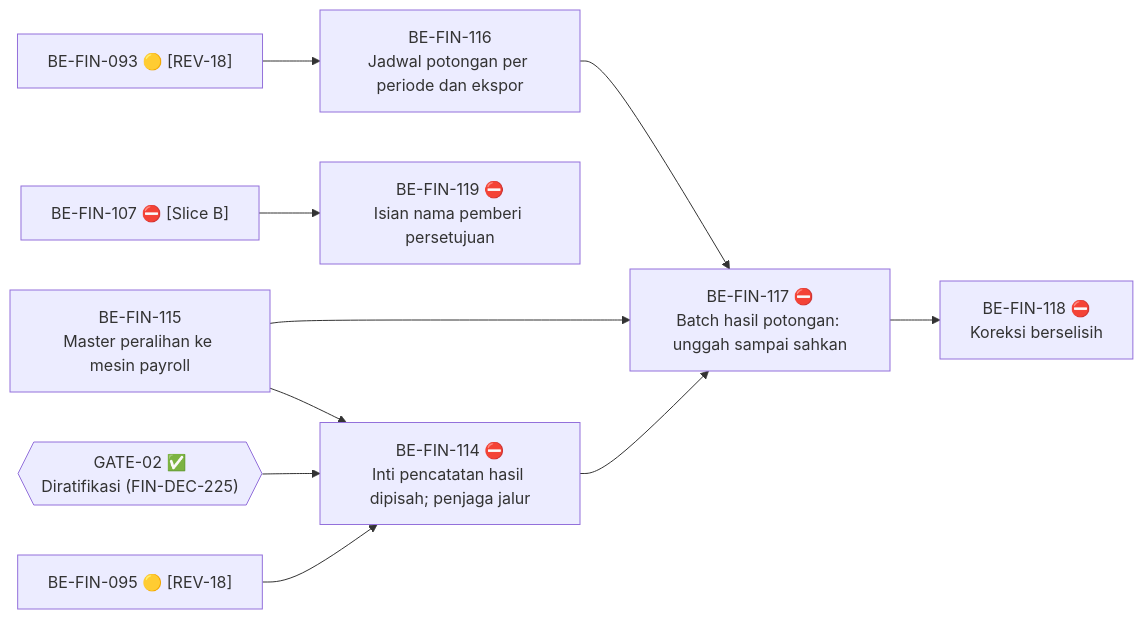
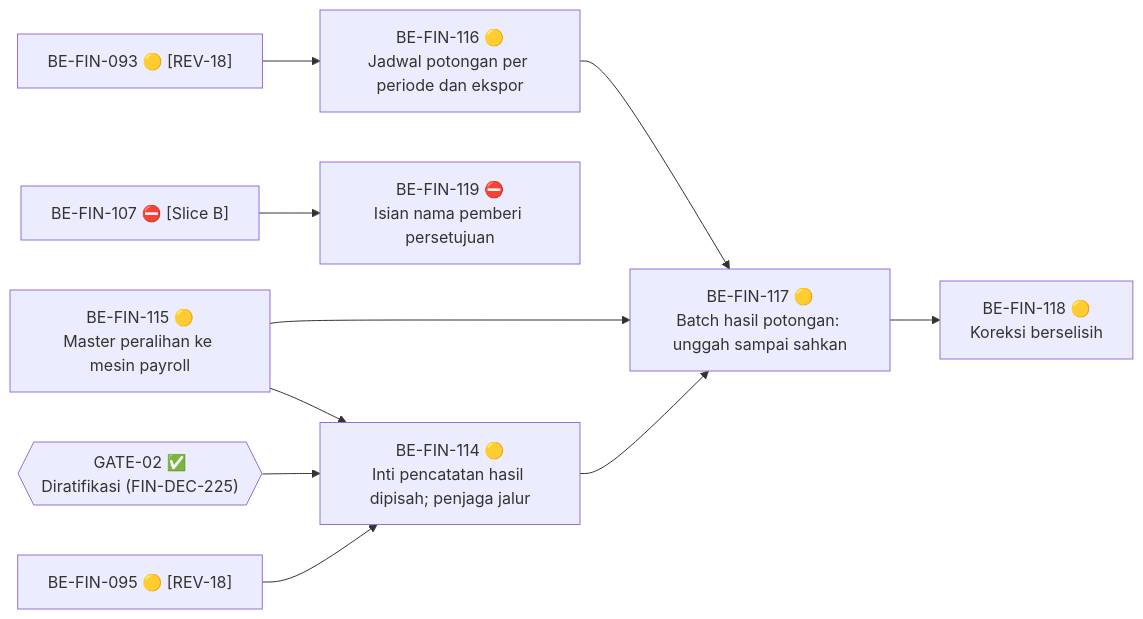
Before and after one commit to DevBenari/NewQuilvianSystemBackend: the seventh of 7 diagrams in docs/module-blueprints/finance-management/roadmap/01-backend-roadmap.md, drawn with Mermaid. The commit also changed other lines of this file and 54 other files, not shown here.

````diff
--- a/docs/module-blueprints/finance-management/roadmap/01-backend-roadmap.md
+++ b/docs/module-blueprints/finance-management/roadmap/01-backend-roadmap.md
@@ -1957,22 +1956,22 @@
 ```mermaid
 flowchart LR
     M093["BE-FIN-093 🟡 [REV-18]"]
     M095["BE-FIN-095 🟡 [REV-18]"]
     M107["BE-FIN-107 ⛔ [Slice B]"]
     G02{{"GATE-02 ✅<br/>Diratifikasi (FIN-DEC-225)"}}
-    BE115["BE-FIN-115<br/>Master peralihan ke mesin payroll"]
-    BE116["BE-FIN-116<br/>Jadwal potongan per periode dan ekspor"]
-    BE114["BE-FIN-114 ⛔<br/>Inti pencatatan hasil dipisah; penjaga jalur"]
-    BE117["BE-FIN-117 ⛔<br/>Batch hasil potongan: unggah sampai sahkan"]
-    BE118["BE-FIN-118 ⛔<br/>Koreksi berselisih"]
+    BE115["BE-FIN-115 🟡<br/>Master peralihan ke mesin payroll"]
+    BE116["BE-FIN-116 🟡<br/>Jadwal potongan per periode dan ekspor"]
+    BE114["BE-FIN-114 🟡<br/>Inti pencatatan hasil dipisah; penjaga jalur"]
+    BE117["BE-FIN-117 🟡<br/>Batch hasil potongan: unggah sampai sahkan"]
+    BE118["BE-FIN-118 🟡<br/>Koreksi berselisih"]
     BE119["BE-FIN-119 ⛔<br/>Isian nama pemberi persetujuan"]
     BE115 --> BE114
     M095 --> BE114
     G02 --> BE114
     M093 --> BE116
     BE114 --> BE117
     BE115 --> BE117
     BE116 --> BE117
     BE117 --> BE118
     M107 --> BE119
 ```
````
